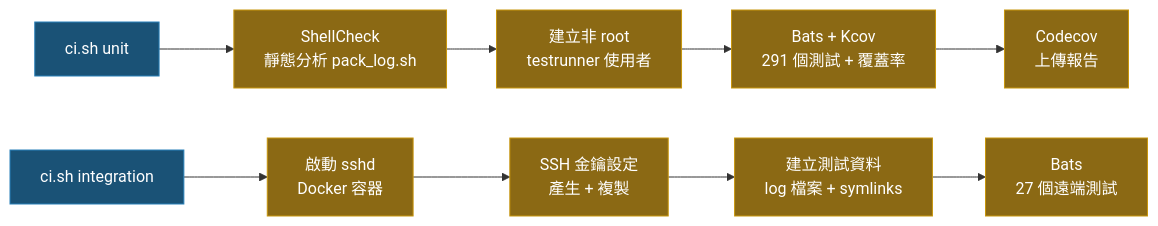
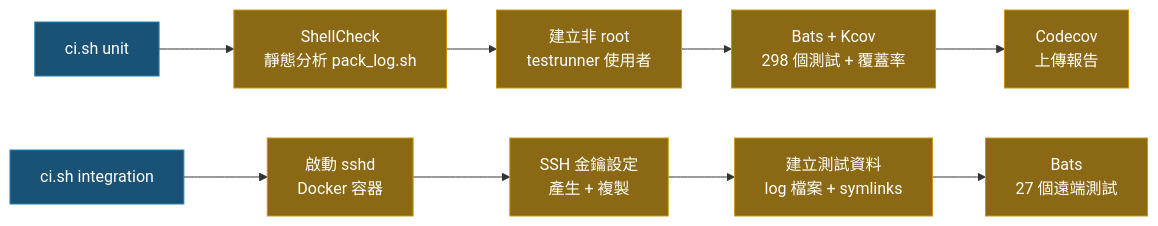
One commit to ycpss91255/pack_log changed the diagram in doc/TEST.zh-TW.md. Above: the diagram before and after it, drawn with Mermaid. The commit also changed other lines of this file and 8 other files, not shown here.

````diff
--- a/doc/TEST.zh-TW.md
+++ b/doc/TEST.zh-TW.md
@@ -86,15 +86,15 @@
 ```mermaid
 graph LR
     S["ci.sh unit"]:::entry --> SC["ShellCheck\n靜態分析 pack_log.sh"]:::step
     SC --> USER["建立非 root\ntestrunner 使用者"]:::step
-    USER --> BT["Bats + Kcov\n291 個測試 + 覆蓋率"]:::step
+    USER --> BT["Bats + Kcov\n298 個測試 + 覆蓋率"]:::step
     BT --> CC["Codecov\n上傳報告"]:::step
 
     S2["ci.sh integration"]:::entry --> SSHD["啟動 sshd\nDocker 容器"]:::step
     SSHD --> KEY["SSH 金鑰設定\n產生 + 複製"]:::step
     KEY --> DATA["建立測試資料\nlog 檔案 + symlinks"]:::step
     DATA --> IT["Bats\n27 個遠端測試"]:::step
 
     classDef entry fill:#1a5276,color:#fff,stroke:#2980b9
     classDef step fill:#8B6914,color:#fff,stroke:#c8960c
 ```
````
